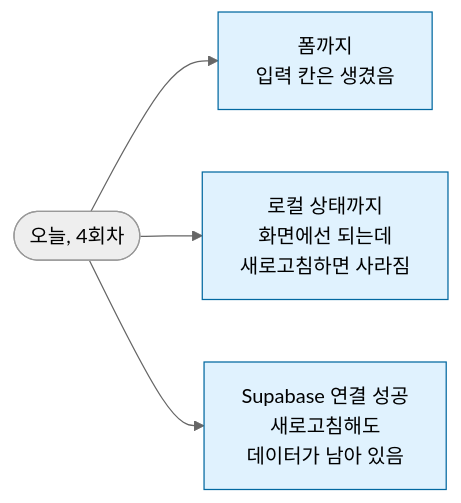
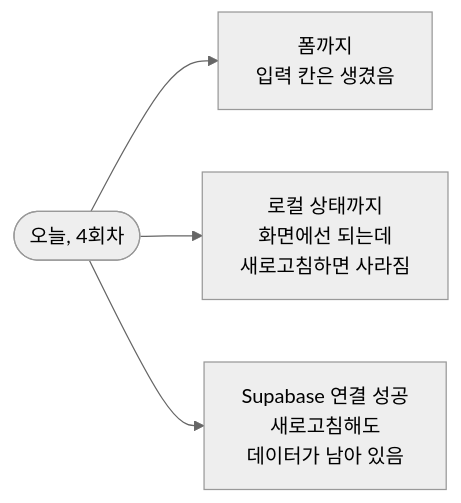
One commit to In-HyeokJang/coding-without-coding changed the diagram in src/content/docs/sessions/session-4-feature.md. Above: the diagram before and after it, drawn with Mermaid (neutral theme). The commit also changed other lines of this file and 11 other files, not shown here.

````diff
--- a/src/content/docs/sessions/session-4-feature.md
+++ b/src/content/docs/sessions/session-4-feature.md
@@ -180,13 +198,10 @@
 ```mermaid
 flowchart LR
     today(["오늘, 4회차"]) --> A
     today --> B
     today --> C
 
     A["폼까지<br/>입력 칸은 생겼음"]
     B["로컬 상태까지<br/>화면에선 되는데<br/>새로고침하면 사라짐"]
     C["Supabase 연결 성공<br/>새로고침해도<br/>데이터가 남아 있음"]
-
-    classDef equal fill:#e0f2fe,stroke:#0369a1,stroke-width:1px;
-    class A,B,C equal;
 ```
````
